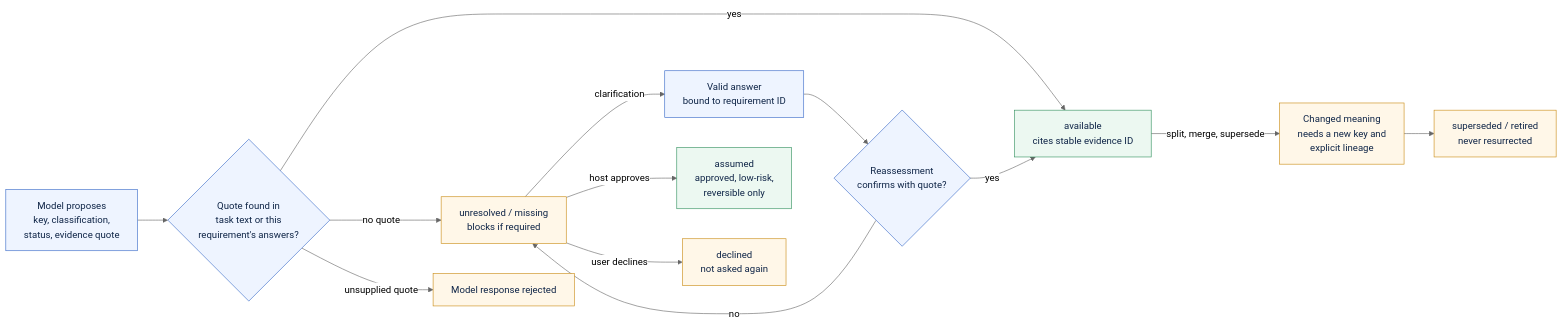
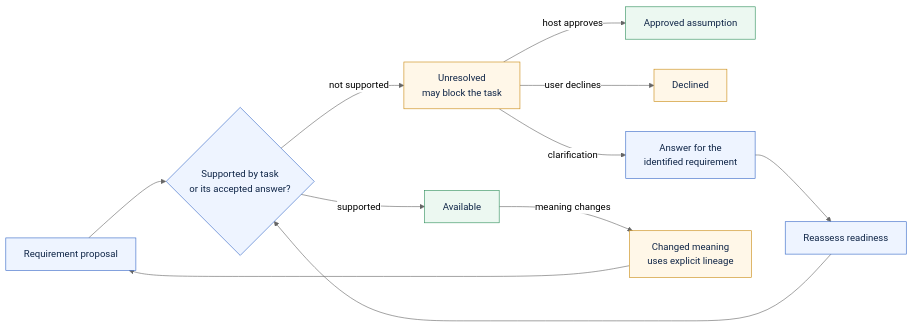
Before and after one commit to smuniharish/sufficiency-engine: the diagram in diagrams/requirement-lifecycle.mmd, drawn with Mermaid (neutral theme). The commit also changed 32 other files, not shown here.

```diff
--- a/diagrams/requirement-lifecycle.mmd
+++ b/diagrams/requirement-lifecycle.mmd
@@ -1,26 +1,23 @@
 flowchart LR
     classDef status fill:#eef4ff,stroke:#3567c7,color:#0f2547
     classDef ok fill:#ecf8f1,stroke:#2f8f5b,color:#0f2547
     classDef stop fill:#fff7e8,stroke:#c98a12,color:#0f2547
 
-    proposed["Model proposes<br/>key, classification,<br/>status, evidence quote"]:::status
-    check{"Quote found in<br/>task text or this<br/>requirement's answers?"}:::status
-    available["available<br/>cites stable evidence ID"]:::ok
-    unresolved["unresolved / missing<br/>blocks if required"]:::stop
-    assumed["assumed<br/>approved, low-risk,<br/>reversible only"]:::ok
-    declined["declined<br/>not asked again"]:::stop
-    answer["Valid answer<br/>bound to requirement ID"]:::status
-    reassess{"Reassessment<br/>confirms with quote?"}:::status
-    lineage["Changed meaning<br/>needs a new key and<br/>explicit lineage"]:::stop
-    superseded["superseded / retired<br/>never resurrected"]:::stop
+    proposed["Requirement proposal"]:::status
+    check{"Supported by task<br/>or its accepted answer?"}:::status
+    available["Available"]:::ok
+    unresolved["Unresolved<br/>may block the task"]:::stop
+    assumed["Approved assumption"]:::ok
+    declined["Declined"]:::stop
+    answer["Answer for the<br/>identified requirement"]:::status
+    reassess["Reassess readiness"]:::status
+    lineage["Changed meaning<br/>uses explicit lineage"]:::stop
 
     proposed --> check
-    check -- "yes" --> available
-    check -- "no quote" --> unresolved
-    check -- "unsupplied quote" --> failed["Model response rejected"]:::stop
+    check -- "supported" --> available
+    check -- "not supported" --> unresolved
     unresolved -- "clarification" --> answer --> reassess
     unresolved -- "host approves" --> assumed
     unresolved -- "user declines" --> declined
-    reassess -- "yes" --> available
-    reassess -- "no" --> unresolved
-    available -- "split, merge, supersede" --> lineage --> superseded
+    reassess --> check
+    available -- "meaning changes" --> lineage --> proposed
```
